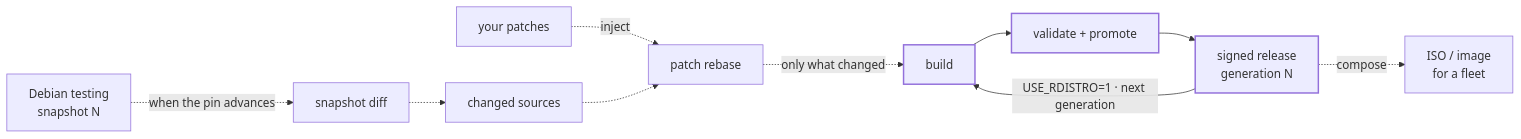
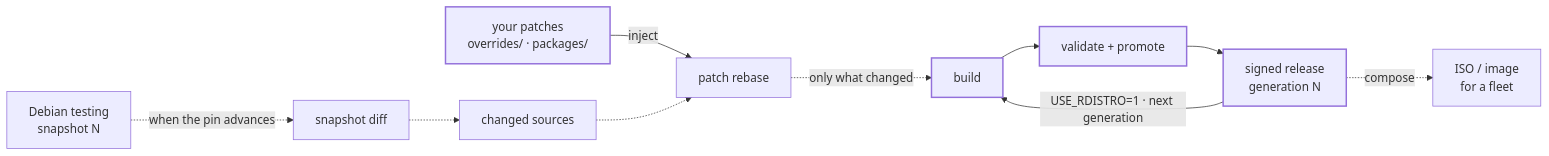
One commit to rshrj/r-distro changed the second of 2 diagrams in docs/GENERATED-ARTIFACTS.md. Above: the diagram before and after it, drawn with Mermaid. The commit also changed other lines of this file and 3 other files, not shown here.

````diff
--- a/docs/GENERATED-ARTIFACTS.md
+++ b/docs/GENERATED-ARTIFACTS.md
@@ -84,16 +84,17 @@
 ```mermaid
 flowchart LR
     A["Debian testing<br/>snapshot N"] -.->|when the pin advances| B["snapshot diff"]
     B -.-> C["changed sources"]
-    P["your patches"] -.->|inject| D["patch rebase"]
+    P["your patches<br/>overrides/ · packages/"] -->|inject| D["patch rebase"]
     C -.-> D
     D -.->|only what changed| E["build"]
     E --> F["validate + promote"]
     F --> G["signed release<br/>generation N"]
     G -->|"USE_RDISTRO=1 · next generation"| E
     G -.->|compose| H["ISO / image<br/>for a fleet"]
 
     style E stroke-width:2px
     style F stroke-width:2px
     style G stroke-width:2px
+    style P stroke-width:2px
 ```
````
